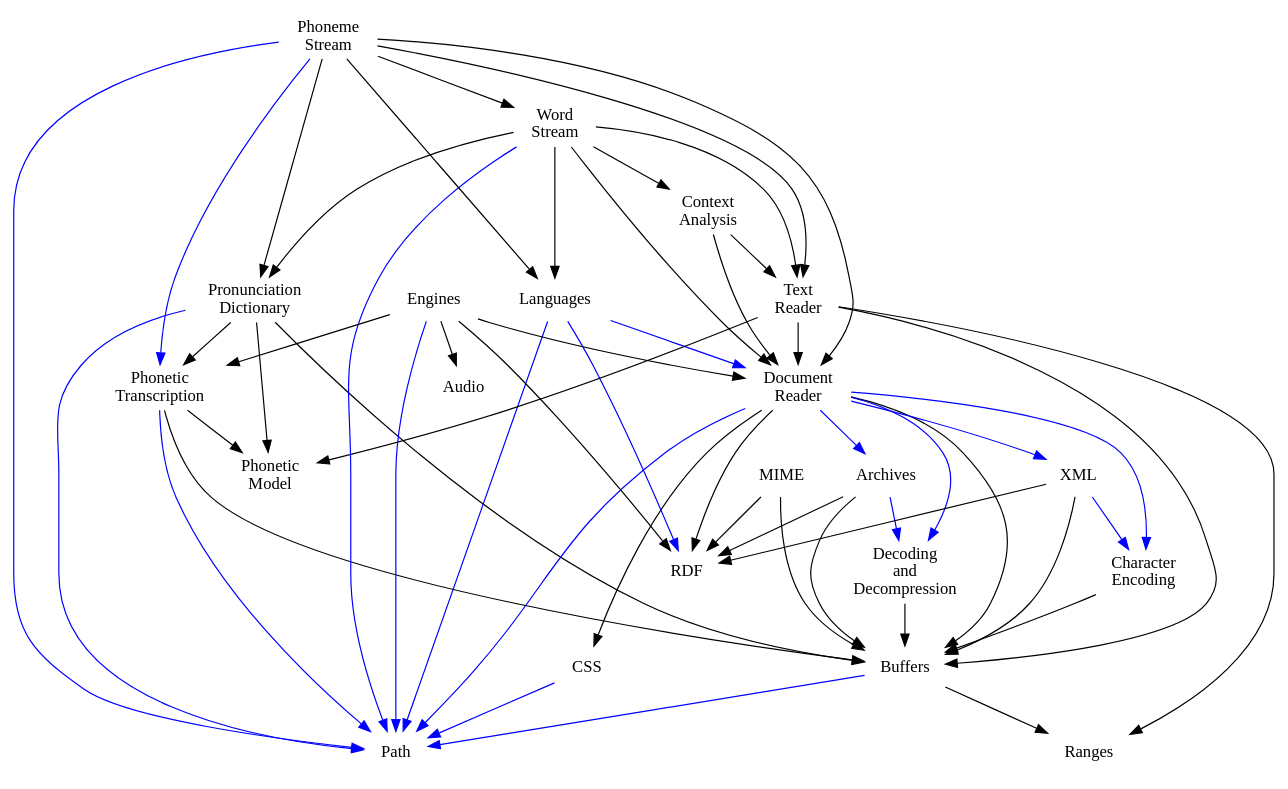
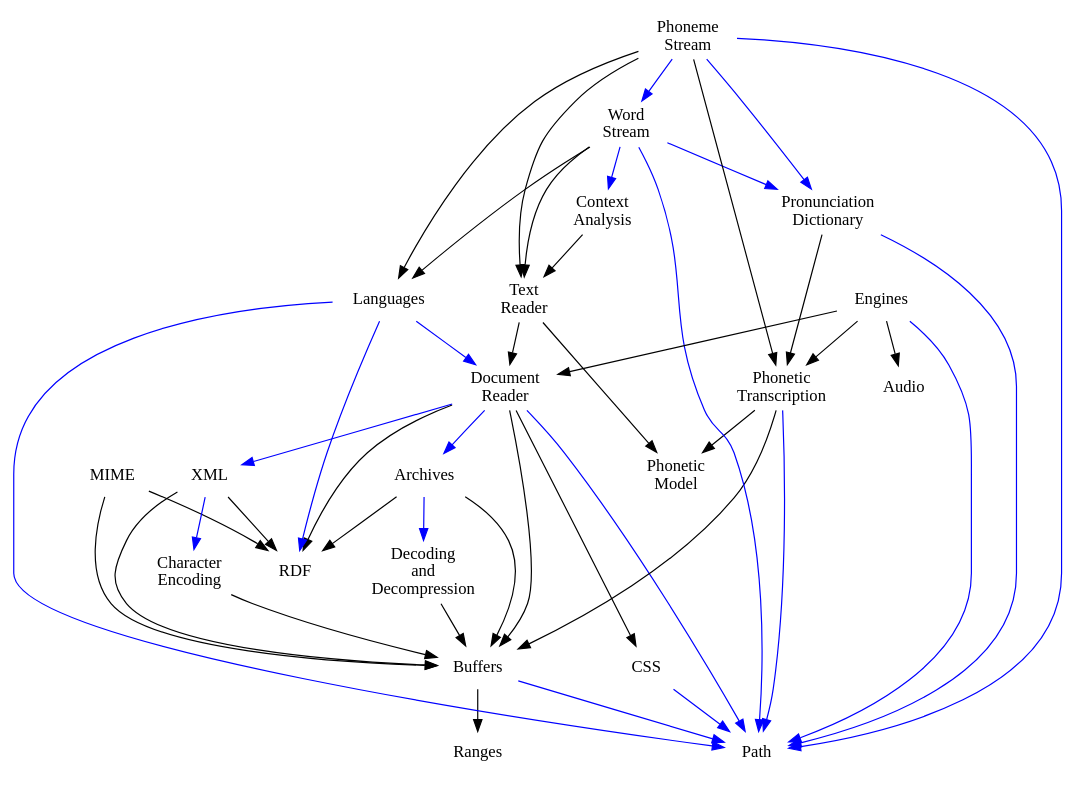
One commit to rhdunn/cainteoir-engine changed the diagram in docs/api/src/architecture.dot. Above: the diagram before and after it, drawn with Graphviz.

Commit message:
architecture.dot: remove transitive dependencies of the same type (colour)

```diff
--- a/docs/api/src/architecture.dot
+++ b/docs/api/src/architecture.dot
@@ -1,109 +1,109 @@
 digraph "Architecture" {
 
 	archives               [shape=none, label="Archives", URL="group__archives.html"]
 	audio                  [shape=none, label="Audio", URL="group__audio.html"]
 	buffers                [shape=none, label="Buffers", URL="group__buffers.html"]
 	encoding               [shape=none, label="Character&#x0A;Encoding", URL="group__encoding.html"]
 	css                    [shape=none, label="CSS", URL="group__css.html"]
 	decoders               [shape=none, label="Decoding&#x0A;and&#x0A;Decompression", URL="group__decoders.html"]
 	dictionary             [shape=none, label="Pronunciation&#x0A;Dictionary", URL="group__dictionary.html"]
 	document_reader        [shape=none, label="Document&#x0A;Reader", URL="group__document__reader.html"]
 	languages              [shape=none, label="Languages", URL="group__languages.html"]
 	mime                   [shape=none, label="MIME", URL="group__mime.html"]
 	path                   [shape=none, label="Path", URL="group__path.html"]
 	phoneme_model          [shape=none, label="Phonetic&#x0A;Model", URL="group__phoneme.html"]
 	phoneme_transcription  [shape=none, label="Phonetic&#x0A;Transcription", URL="group__phonetic__transcription.html"]
 	ranges                 [shape=none, label="Ranges", URL="group__ranges.html"]
 	rdf                    [shape=none, label="RDF", URL="group__rdf.html"]
 	text_reader            [shape=none, label="Text&#x0A;Reader", URL="group__text__reader.html"]
 	context_analysis       [shape=none, label="Context&#x0A;Analysis", URL="group__context__analysis.html"]
 	word_stream            [shape=none, label="Word&#x0A;Stream", URL="group__word__stream.html"]
 	phoneme_stream         [shape=none, label="Phoneme&#x0A;Stream", URL="group__phoneme__stream.html"]
 	tts_engines            [shape=none, label="Engines", URL="group__tts__engines.html"]
 	xml                    [shape=none, label="XML", URL="group__xml.html"]
 
 	// usage (API)
 
 	buffers -> ranges [color=black]
 
 	archives -> buffers [color=black]
 	archives -> rdf [color=black]
 
 	decoders -> buffers [color=black]
 
 	encoding -> buffers [color=black]
 
-	dictionary -> buffers [color=black]
-	dictionary -> phoneme_model [color=black]
+//	dictionary -> buffers [color=black] // transitive dependency
+//	dictionary -> phoneme_model [color=black] // transitive dependency
 	dictionary -> phoneme_transcription [color=black]
 
 	document_reader -> buffers [color=black]
 	document_reader -> rdf     [color=black]
 	document_reader -> css     [color=black]
 
 	mime -> buffers [color=black]
 	mime -> rdf [color=black]
 
 	phoneme_transcription -> buffers [color=black]
 	phoneme_transcription -> phoneme_model [color=black]
 
 	xml -> buffers [color=black]
 	xml -> rdf [color=black]
 
-	text_reader -> buffers [color=black]
-	text_reader -> ranges [color=black]
+//	text_reader -> buffers [color=black] // transitive dependency
+//	text_reader -> ranges [color=black] // transitive dependency
 	text_reader -> phoneme_model [color=black]
 	text_reader -> document_reader [color=black]
 
-	context_analysis -> document_reader [color=black]
+//	context_analysis -> document_reader [color=black] // transitive dependency
 	context_analysis -> text_reader [color=black]
 
-	word_stream -> document_reader [color=black]
+//	word_stream -> document_reader [color=black] // transitive dependency
 	word_stream -> text_reader [color=black]
 	word_stream -> languages [color=black]
 
-	phoneme_stream -> document_reader [color=black]
+//	phoneme_stream -> document_reader [color=black] // transitive dependency
 	phoneme_stream -> text_reader [color=black]
 	phoneme_stream -> languages [color=black]
-	phoneme_stream -> phoneme_transcription [color=blue]
+	phoneme_stream -> phoneme_transcription [color=black]
 
 	tts_engines -> document_reader [color=black]
 	tts_engines -> audio [color=black]
-	tts_engines -> rdf [color=black]
+//	tts_engines -> rdf [color=black] // transitive dependency
 	tts_engines -> phoneme_transcription [color=black]
 
 	// usage (implementation)
 
 	archives -> decoders [color=blue]
 
 	buffers -> path [color=blue]
 
 	css -> path [color=blue]
 
 	dictionary -> path [color=blue]
 
 	document_reader -> archives [color=blue]
-	document_reader -> encoding [color=blue]
-	document_reader -> decoders [color=blue]
+//	document_reader -> encoding [color=blue] // transitive dependency
+//	document_reader -> decoders [color=blue] // transitive dependency
 	document_reader -> path [color=blue]
 	document_reader -> xml [color=blue]
 
 	languages -> rdf [color=blue]
 	languages -> document_reader [color=blue]
 	languages -> path [color=blue]
 
 	phoneme_transcription -> path [color=blue]
 
 	tts_engines -> path [color=blue]
 
 	word_stream -> path [color=blue]
-	word_stream -> context_analysis [color=black]
-	word_stream -> dictionary [color=black]
+	word_stream -> context_analysis [color=blue]
+	word_stream -> dictionary [color=blue]
 
 	phoneme_stream -> path [color=blue]
-	phoneme_stream -> word_stream [color=black]
-	phoneme_stream -> dictionary [color=black]
+	phoneme_stream -> word_stream [color=blue]
+	phoneme_stream -> dictionary [color=blue]
 
 	xml -> encoding [color=blue]
 
 }
```
